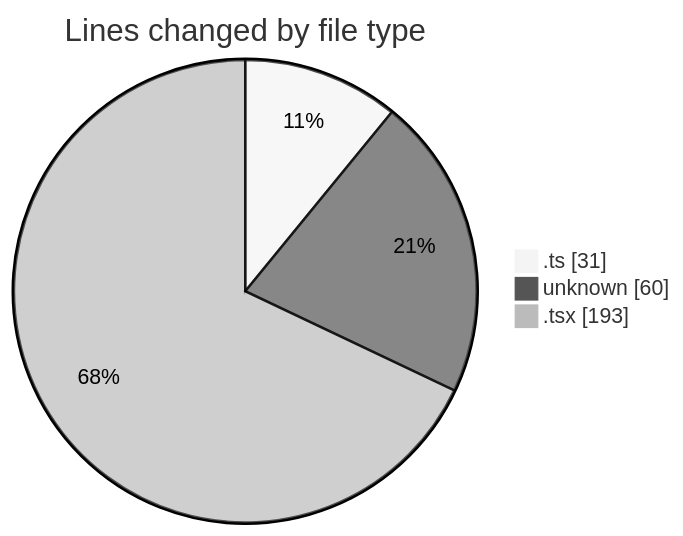
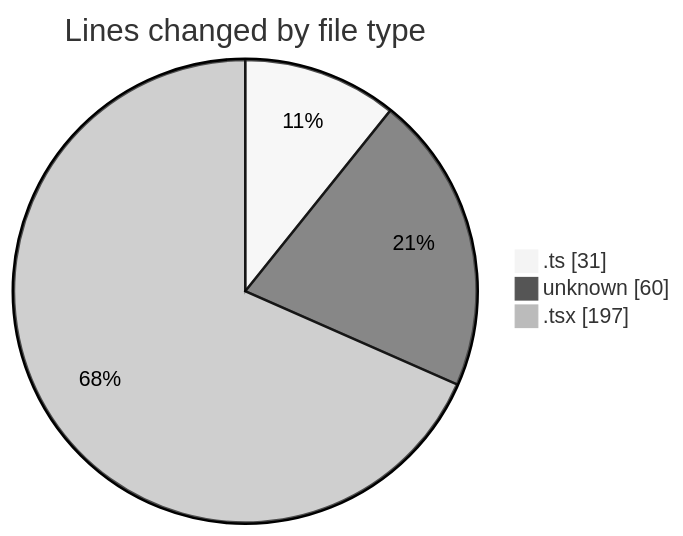
The first of 2 diagrams in 2026-06-12/cda/README.md (momahboobian/code-tracking), drawn with Mermaid (neutral theme) before and after one commit. The commit also changed other lines of this file and 1 other file, not shown here.

````diff
--- a/2026-06-12/cda/README.md
+++ b/2026-06-12/cda/README.md
@@ -24,7 +24,7 @@
 ```mermaid
 pie showData
 title Lines changed by file type
 ".ts" : 31
 "unknown" : 60
-".tsx" : 193
+".tsx" : 197
 ```
````
